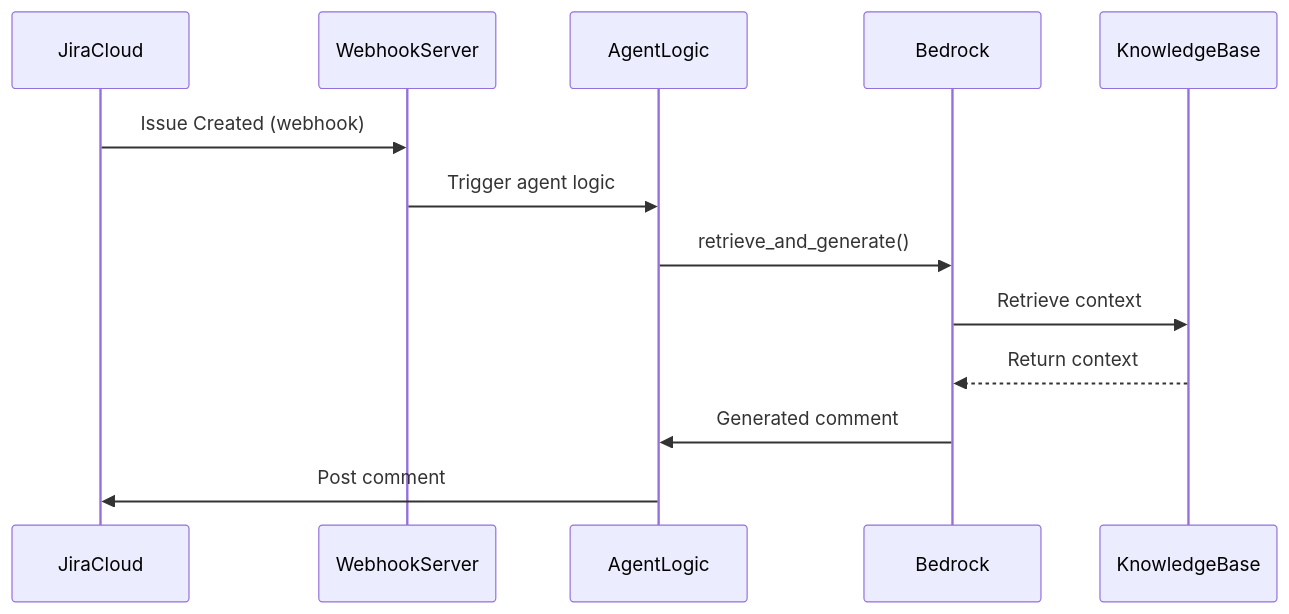
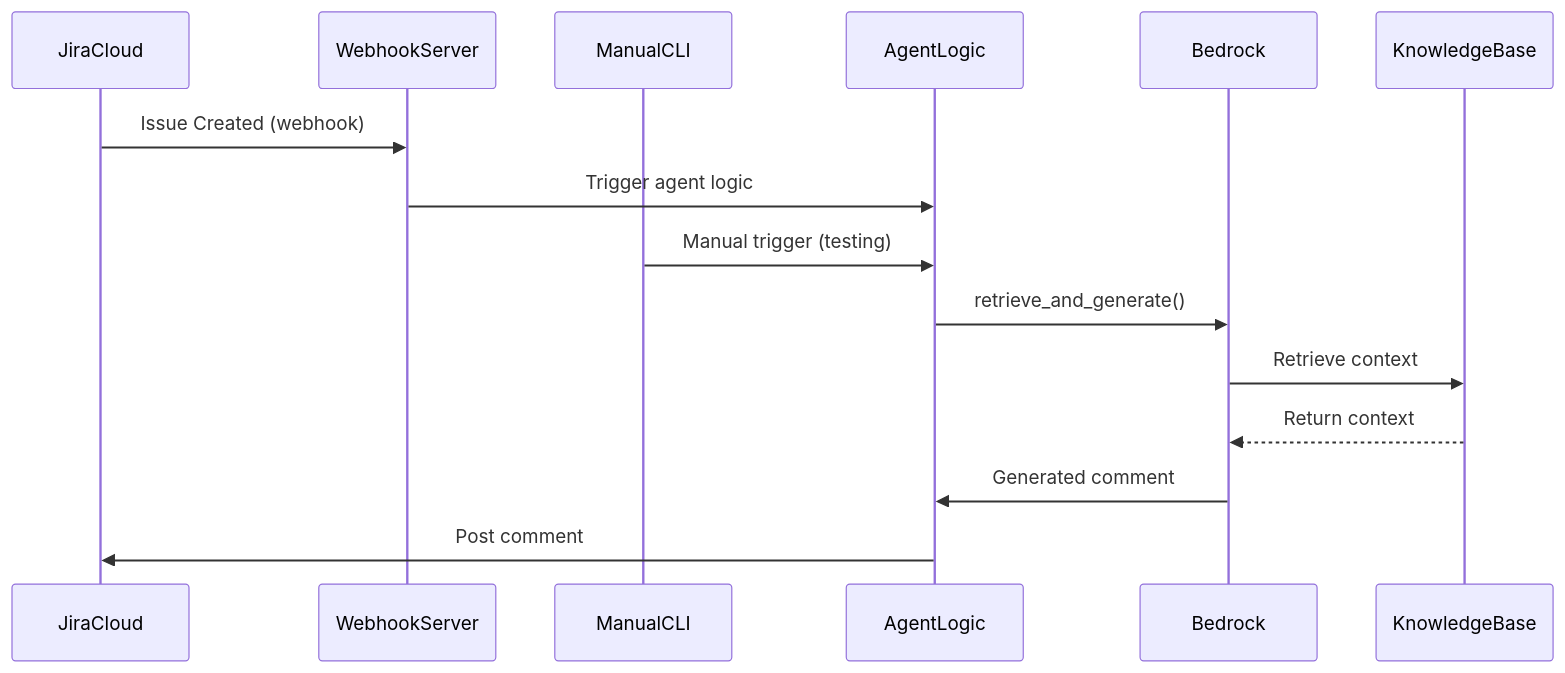
Before and after one commit to AgnesYYQ/jira-rag-assistant: the second of 2 diagrams in README.md, drawn with Mermaid. The commit also changed other lines of this file and 1 other file, not shown here.

Commit message:
Clarify CLI usage is for local test only

````diff
--- a/README.md
+++ b/README.md
@@ -59,15 +66,17 @@
 ```mermaid
 sequenceDiagram
   participant Jira as JiraCloud
   participant Webhook as WebhookServer
+  participant CLI as ManualCLI
   participant Agent as AgentLogic
   participant Bedrock
   participant KnowledgeBase
   Jira->>Webhook: Issue Created (webhook)
   Webhook->>Agent: Trigger agent logic
+  CLI->>Agent: Manual trigger (testing)
   Agent->>Bedrock: retrieve_and_generate()
   Bedrock->>KnowledgeBase: Retrieve context
   KnowledgeBase-->>Bedrock: Return context
   Bedrock->>Agent: Generated comment
   Agent->>Jira: Post comment
 ```
````
